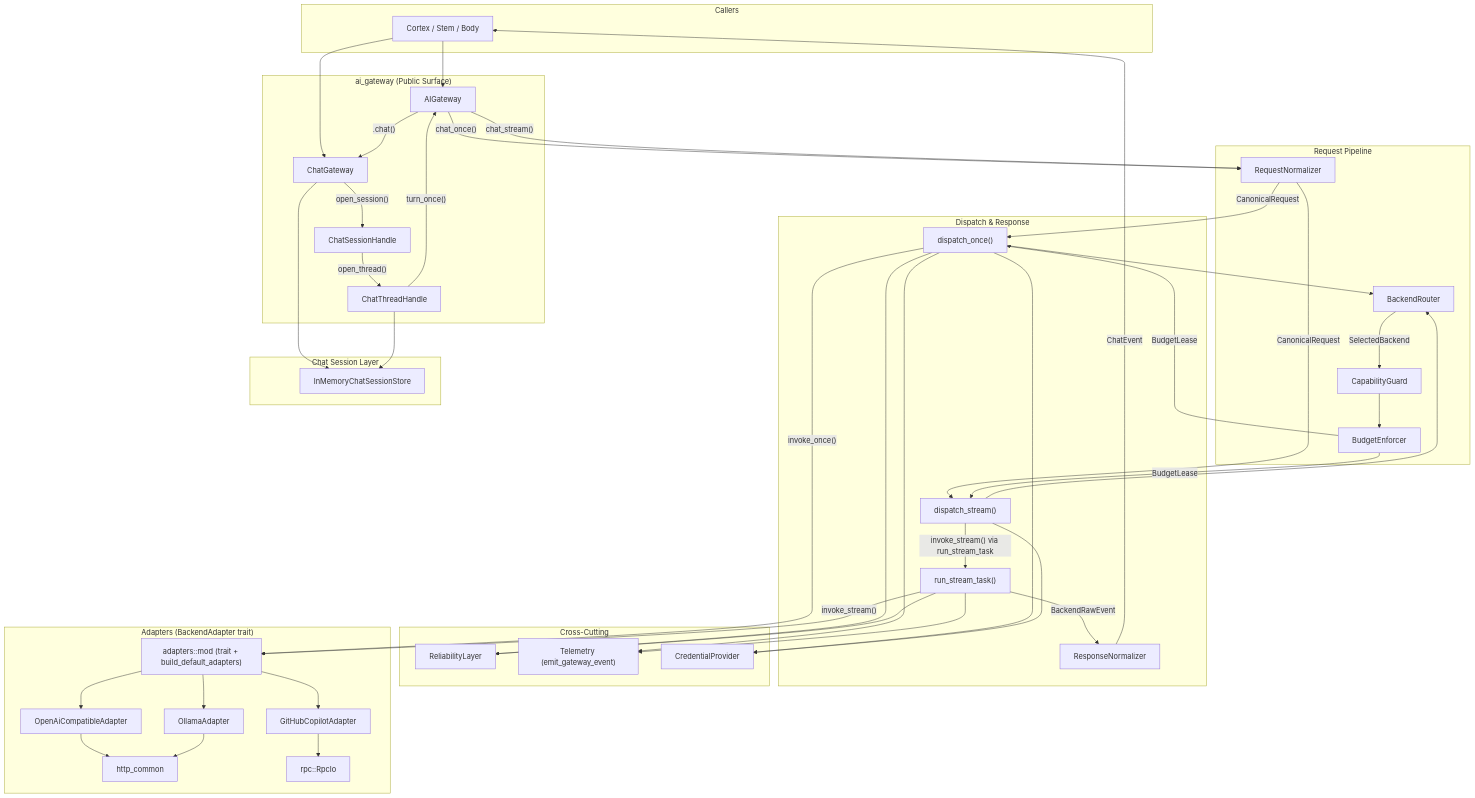
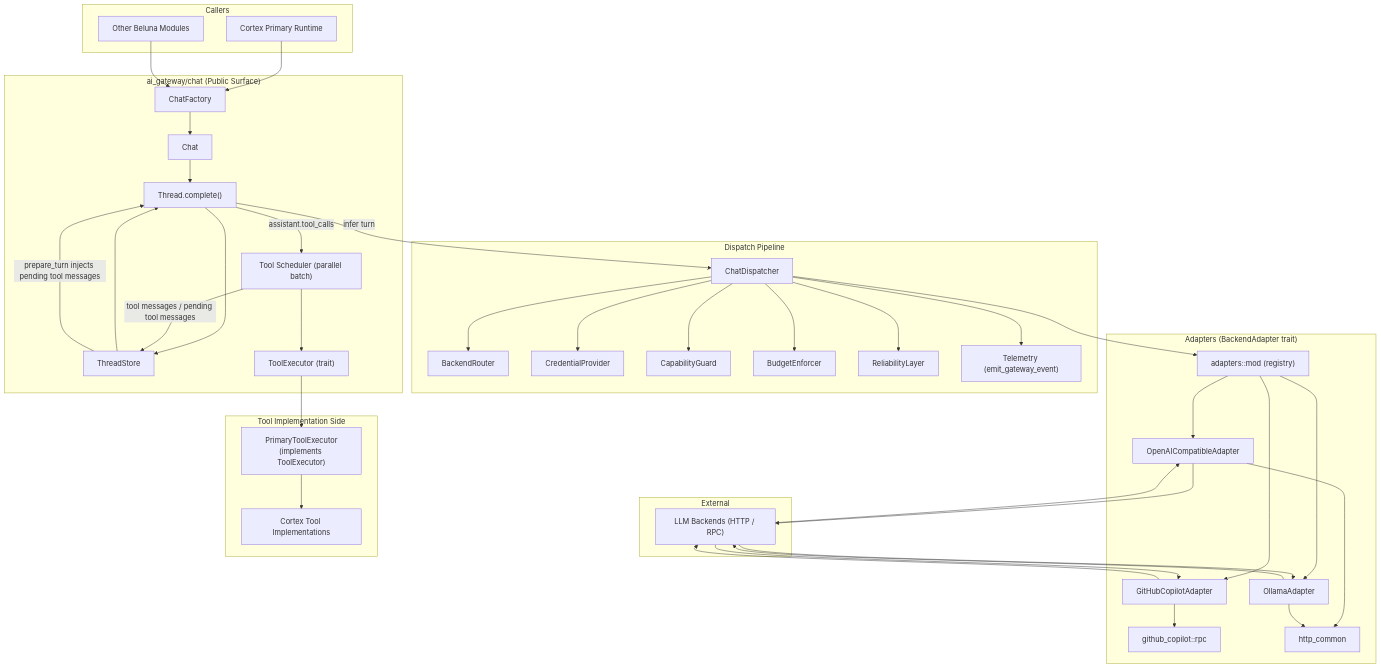
Before and after one commit to xiaoland/Beluna: the first of 2 diagrams in docs/modules/ai-gateway/topology.md, drawn with Mermaid. The commit also changed other lines of this file and 54 other files, not shown here.

````diff
--- a/docs/modules/ai-gateway/topology.md
+++ b/docs/modules/ai-gateway/topology.md
@@ -5,97 +5,83 @@
 ```mermaid
 graph TD
     subgraph "Callers"
-        Cortex["Cortex / Stem / Body"]
+        CortexPrimary["Cortex Primary Runtime"]
+        OtherCallers["Other Beluna Modules"]
     end
 
-    subgraph "ai_gateway (Public Surface)"
-        GW["AIGateway"]
-        ChatGW["ChatGateway"]
-        SessionHandle["ChatSessionHandle"]
-        ThreadHandle["ChatThreadHandle"]
+    subgraph "ai_gateway/chat (Public Surface)"
+        ChatFactory["ChatFactory"]
+        ChatObj["Chat"]
+        ThreadObj["Thread.complete()"]
+        ThreadStore["ThreadStore"]
+        ToolScheduler["Tool Scheduler (parallel batch)"]
+        ToolExecutorTrait["ToolExecutor (trait)"]
     end
 
-    subgraph "Request Pipeline"
-        RN["RequestNormalizer"]
-        CG["CapabilityGuard"]
+    subgraph "Dispatch Pipeline"
+        Dispatcher["ChatDispatcher"]
         Router["BackendRouter"]
-        BE["BudgetEnforcer"]
-    end
-
-    subgraph "Dispatch & Response"
-        DispatchOnce["dispatch_once()"]
-        DispatchStream["dispatch_stream()"]
-        RunStreamTask["run_stream_task()"]
-        ResNorm["ResponseNormalizer"]
-    end
-
-    subgraph "Cross-Cutting"
+        Creds["CredentialProvider"]
+        CapGuard["CapabilityGuard"]
+        Budget["BudgetEnforcer"]
         Reliability["ReliabilityLayer"]
         Telemetry["Telemetry (emit_gateway_event)"]
-        Creds["CredentialProvider"]
     end
 
     subgraph "Adapters (BackendAdapter trait)"
-        AdapterMod["adapters::mod (trait + build_default_adapters)"]
-        HttpCommon["http_common"]
-        OpenAI["OpenAiCompatibleAdapter"]
+        AdapterRegistry["adapters::mod (registry)"]
+        OpenAI["OpenAICompatibleAdapter"]
         Ollama["OllamaAdapter"]
         Copilot["GitHubCopilotAdapter"]
-        CopilotRpc["rpc::RpcIo"]
+        CopilotRpc["github_copilot::rpc"]
+        HttpCommon["http_common"]
     end
 
-    subgraph "Chat Session Layer"
-        SessionStore["InMemoryChatSessionStore"]
+    subgraph "External"
+        LLMBackends["LLM Backends (HTTP / RPC)"]
     end
 
-    %% Caller → Public Surface
-    Cortex --> GW
-    Cortex --> ChatGW
+    subgraph "Tool Implementation Side"
+        CortexExecutor["PrimaryToolExecutor\n(implements ToolExecutor)"]
+        CortexTools["Cortex Tool Implementations"]
+    end
 
-    %% ChatGateway object model
-    GW -- ".chat()" --> ChatGW
-    ChatGW -- "open_session()" --> SessionHandle
-    SessionHandle -- "open_thread()" --> ThreadHandle
+    CortexPrimary --> ChatFactory
+    OtherCallers --> ChatFactory
+    ChatFactory --> ChatObj
+    ChatObj --> ThreadObj
 
-    %% Thread turn → Gateway low-level
-    ThreadHandle -- "turn_once()" --> GW
-    GW -- "chat_once()" --> RN
-    GW -- "chat_stream()" --> RN
+    ThreadObj --> ThreadStore
+    ThreadStore --> ThreadObj
 
-    %% Request pipeline
-    RN -- "CanonicalRequest" --> DispatchOnce
-    RN -- "CanonicalRequest" --> DispatchStream
-    DispatchOnce --> Router
-    DispatchStream --> Router
-    Router -- "SelectedBackend" --> CG
-    CG --> BE
-    BE -- "BudgetLease" --> DispatchOnce
-    BE -- "BudgetLease" --> DispatchStream
+    ThreadObj -- "infer turn" --> Dispatcher
+    Dispatcher --> Router
+    Dispatcher --> Creds
+    Dispatcher --> CapGuard
+    Dispatcher --> Budget
+    Dispatcher --> Reliability
+    Dispatcher --> Telemetry
+    Dispatcher --> AdapterRegistry
 
-    %% Dispatch → Adapter
-    DispatchOnce -- "invoke_once()" --> AdapterMod
-    DispatchStream -- "invoke_stream() via run_stream_task" --> RunStreamTask
-    RunStreamTask -- "invoke_stream()" --> AdapterMod
-    AdapterMod --> OpenAI
-    AdapterMod --> Ollama
-    AdapterMod --> Copilot
+    AdapterRegistry --> OpenAI
+    AdapterRegistry --> Ollama
+    AdapterRegistry --> Copilot
     OpenAI --> HttpCommon
     Ollama --> HttpCommon
     Copilot --> CopilotRpc
 
-    %% Response path
-    RunStreamTask -- "BackendRawEvent" --> ResNorm
-    ResNorm -- "ChatEvent" --> Cortex
+    OpenAI --> LLMBackends
+    Ollama --> LLMBackends
+    Copilot --> LLMBackends
+    LLMBackends --> OpenAI
+    LLMBackends --> Ollama
+    LLMBackends --> Copilot
 
-    %% Cross-cutting
-    DispatchOnce --> Reliability
-    RunStreamTask --> Reliability
-    DispatchOnce --> Telemetry
-    RunStreamTask --> Telemetry
-    DispatchOnce --> Creds
-    DispatchStream --> Creds
+    ThreadObj -- "assistant.tool_calls" --> ToolScheduler
+    ToolScheduler --> ToolExecutorTrait
+    ToolExecutorTrait --> CortexExecutor
+    CortexExecutor --> CortexTools
 
-    %% Session store
-    ChatGW --> SessionStore
-    ThreadHandle --> SessionStore
+    ToolScheduler -- "tool messages / pending tool messages" --> ThreadStore
+    ThreadStore -- "prepare_turn injects pending tool messages" --> ThreadObj
 ```
````
